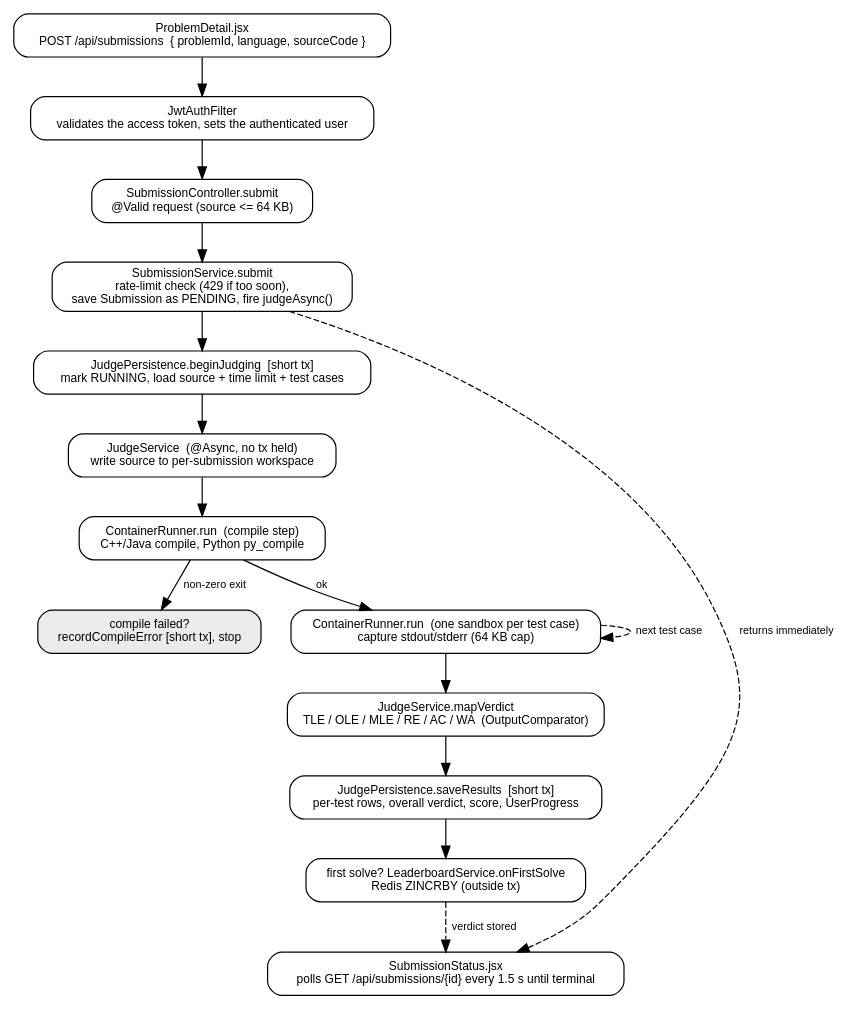
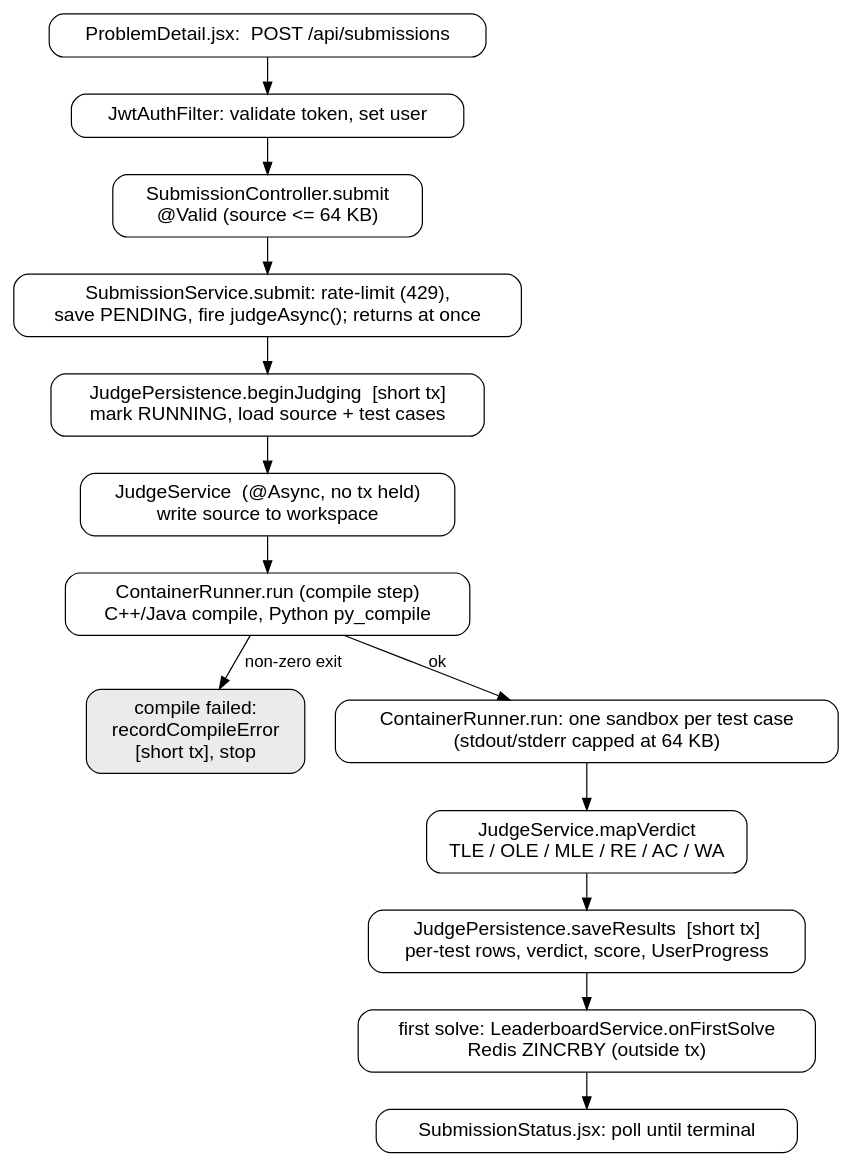
One commit to hosachaii/competitive-programming-platform changed the diagram in report/diagrams/judge_lifecycle.dot. Above: the diagram before and after it, drawn with Graphviz. The commit also changed 26 other files, not shown here.

```diff
--- a/report/diagrams/judge_lifecycle.dot
+++ b/report/diagrams/judge_lifecycle.dot
@@ -1,31 +1,28 @@
-// Submission lifecycle, from Submit click to verdict (sequence of participants).
-// Render: dot -Tpng judge_lifecycle.dot -o ../images/judge_lifecycle.png
+// Submission lifecycle, from Submit click to verdict (compact vertical flow).
+// Render: dot -Tpng -Gdpi=300 judge_lifecycle.dot -o ../images/judge_lifecycle.png
 digraph lifecycle {
   rankdir=TB;
   bgcolor="white";
-  graph [fontname="Helvetica", fontsize=12, nodesep=0.35, ranksep=0.45];
-  node  [fontname="Helvetica", fontsize=10, shape=box, style="rounded,filled", fillcolor="white", color="black"];
-  edge  [fontname="Helvetica", fontsize=9, color="black"];
+  graph [fontname="Helvetica", fontsize=17, nodesep=0.35, ranksep=0.4];
+  node  [fontname="Helvetica", fontsize=16, shape=box, style="rounded,filled", fillcolor="white", color="black", margin="0.18,0.11"];
+  edge  [fontname="Helvetica", fontsize=14, color="black"];
 
-  s1 [label="ProblemDetail.jsx\nPOST /api/submissions  { problemId, language, sourceCode }"];
-  s2 [label="JwtAuthFilter\nvalidates the access token, sets the authenticated user"];
-  s3 [label="SubmissionController.submit\n@Valid request (source <= 64 KB)"];
-  s4 [label="SubmissionService.submit\nrate-limit check (429 if too soon),\nsave Submission as PENDING, fire judgeAsync()"];
-  s5 [label="JudgePersistence.beginJudging  [short tx]\nmark RUNNING, load source + time limit + test cases"];
-  s6 [label="JudgeService  (@Async, no tx held)\nwrite source to per-submission workspace"];
-  s7 [label="ContainerRunner.run  (compile step)\nC++/Java compile, Python py_compile"];
-  s8 [label="compile failed?\nrecordCompileError [short tx], stop", shape=box, style="rounded,filled", fillcolor="gray92"];
-  s9 [label="ContainerRunner.run  (one sandbox per test case)\ncapture stdout/stderr (64 KB cap)"];
-  s10 [label="JudgeService.mapVerdict\nTLE / OLE / MLE / RE / AC / WA  (OutputComparator)"];
-  s11 [label="JudgePersistence.saveResults  [short tx]\nper-test rows, overall verdict, score, UserProgress"];
-  s12 [label="first solve? LeaderboardService.onFirstSolve\nRedis ZINCRBY (outside tx)"];
-  s13 [label="SubmissionStatus.jsx\npolls GET /api/submissions/{id} every 1.5 s until terminal"];
+  s1 [label="ProblemDetail.jsx:  POST /api/submissions"];
+  s2 [label="JwtAuthFilter: validate token, set user"];
+  s3 [label="SubmissionController.submit\n@Valid (source <= 64 KB)"];
+  s4 [label="SubmissionService.submit: rate-limit (429),\nsave PENDING, fire judgeAsync(); returns at once"];
+  s5 [label="JudgePersistence.beginJudging  [short tx]\nmark RUNNING, load source + test cases"];
+  s6 [label="JudgeService  (@Async, no tx held)\nwrite source to workspace"];
+  s7 [label="ContainerRunner.run (compile step)\nC++/Java compile, Python py_compile"];
+  s8 [label="compile failed:\nrecordCompileError\n[short tx], stop", fillcolor="gray92"];
+  s9 [label="ContainerRunner.run: one sandbox per test case\n(stdout/stderr capped at 64 KB)"];
+  s10 [label="JudgeService.mapVerdict\nTLE / OLE / MLE / RE / AC / WA"];
+  s11 [label="JudgePersistence.saveResults  [short tx]\nper-test rows, verdict, score, UserProgress"];
+  s12 [label="first solve: LeaderboardService.onFirstSolve\nRedis ZINCRBY (outside tx)"];
+  s13 [label="SubmissionStatus.jsx: poll until terminal"];
 
   s1 -> s2 -> s3 -> s4 -> s5 -> s6 -> s7;
   s7 -> s8 [label="non-zero exit"];
   s7 -> s9 [label="ok"];
-  s9 -> s10 -> s11 -> s12;
-  s9 -> s9 [label="next test case", style=dashed];
-  s12 -> s13 [style=dashed, label="verdict stored"];
-  s4 -> s13 [label="returns immediately", style=dashed, constraint=false];
+  s9 -> s10 -> s11 -> s12 -> s13;
 }
```
